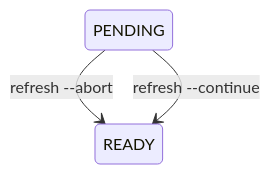
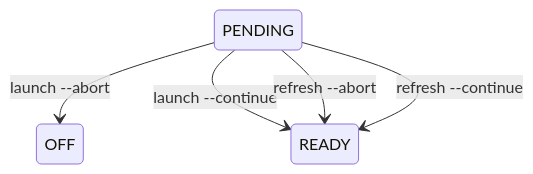
One commit to locnnil/workshop changed the fourth of 5 diagrams in docs/reference/workshop-status.rst. Above: the diagram before and after it, drawn with Mermaid. The commit also changed other lines of this file and 2 other files, not shown here.

Commit message:
Doc: add documentation for waiting on error during launch

```diff
--- a/docs/reference/workshop-status.rst
+++ b/docs/reference/workshop-status.rst
@@ -74,8 +75,10 @@
 .. mermaid::
    :alt: Pending state
    :caption: Pending state
    :align: center
 
     stateDiagram-v2
+        PENDING --> OFF: launch --abort
+        PENDING --> READY: launch --continue
         PENDING --> READY: refresh --abort
         PENDING --> READY: refresh --continue
```
